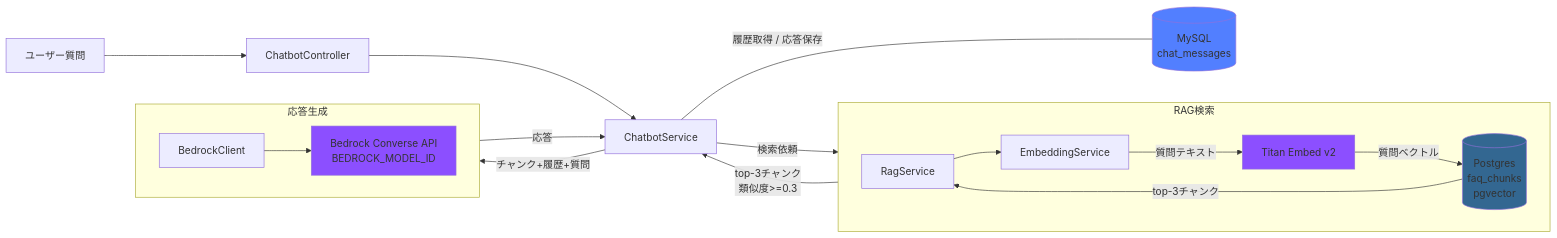
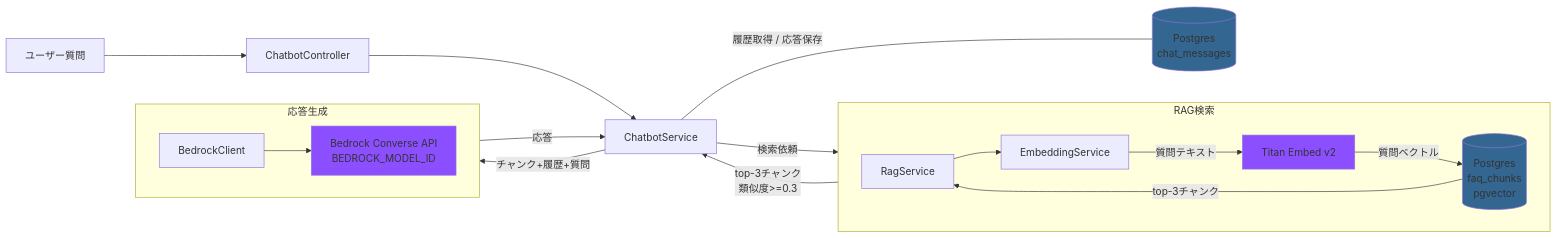
Before and after one commit to tetsu2026/movie-profile: the third of 3 diagrams in docs/design-docs/02_architecture.md, drawn with Mermaid. The commit also changed other lines of this file and 5 other files, not shown here.

````diff
--- a/docs/design-docs/02_architecture.md
+++ b/docs/design-docs/02_architecture.md
@@ -82,37 +76,37 @@
 ```mermaid
 graph LR
 
     %% ===== 左：入口 =====
     User[ユーザー質問] --> Controller[ChatbotController] --> Service[ChatbotService]
 
     %% ===== 上：履歴 =====
-    Service ---|履歴取得 / 応答保存| MySQL[(MySQL<br/>chat_messages)]
+    Service ---|履歴取得 / 応答保存| Postgres1[(Postgres<br/>chat_messages)]
 
     %% ===== RAG検索 =====
     subgraph Retrieval[RAG検索]
         direction LR
         Rag[RagService] --> Embed[EmbeddingService]
         Embed -->|質問テキスト| Titan[Titan Embed v2]
-        Titan -->|質問ベクトル| Postgres[(Postgres<br/>faq_chunks<br/>pgvector)]
-        Postgres -->|top-3チャンク| Rag
+        Titan -->|質問ベクトル| Postgres2[(Postgres<br/>faq_chunks<br/>pgvector)]
+        Postgres2 -->|top-3チャンク| Rag
     end
 
     %% ===== 応答生成 =====
     subgraph Generation[応答生成]
         direction LR
         Bedrock[BedrockClient] --> Converse[Bedrock Converse API<br/>BEDROCK_MODEL_ID]
     end
 
     %% ===== 接続 =====
     Service -->|検索依頼| Rag
     Rag -->|top-3チャンク<br/>類似度>=0.3| Service
 
     Service -->|チャンク+履歴+質問| Bedrock
     Converse -->|応答| Service
 
     %% ===== スタイル =====
     style Titan fill:#8C4FFF
     style Converse fill:#8C4FFF
-    style MySQL fill:#527FFF
-    style Postgres fill:#336791
+    style Postgres1 fill:#336791
+    style Postgres2 fill:#336791
 ```
````
